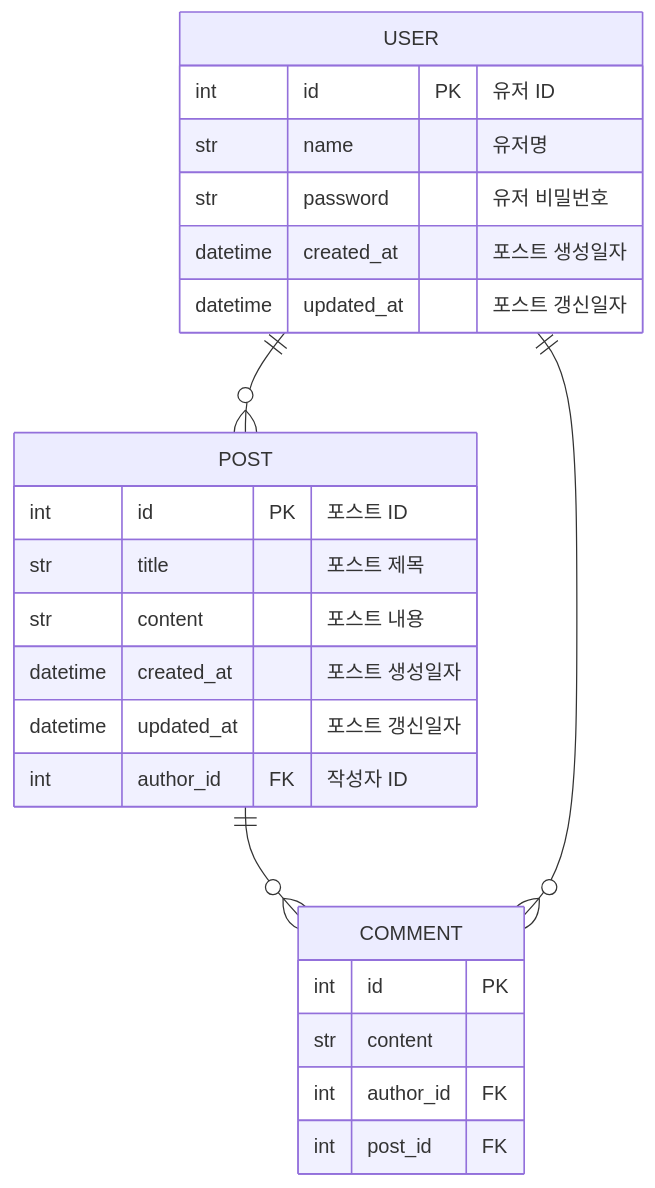
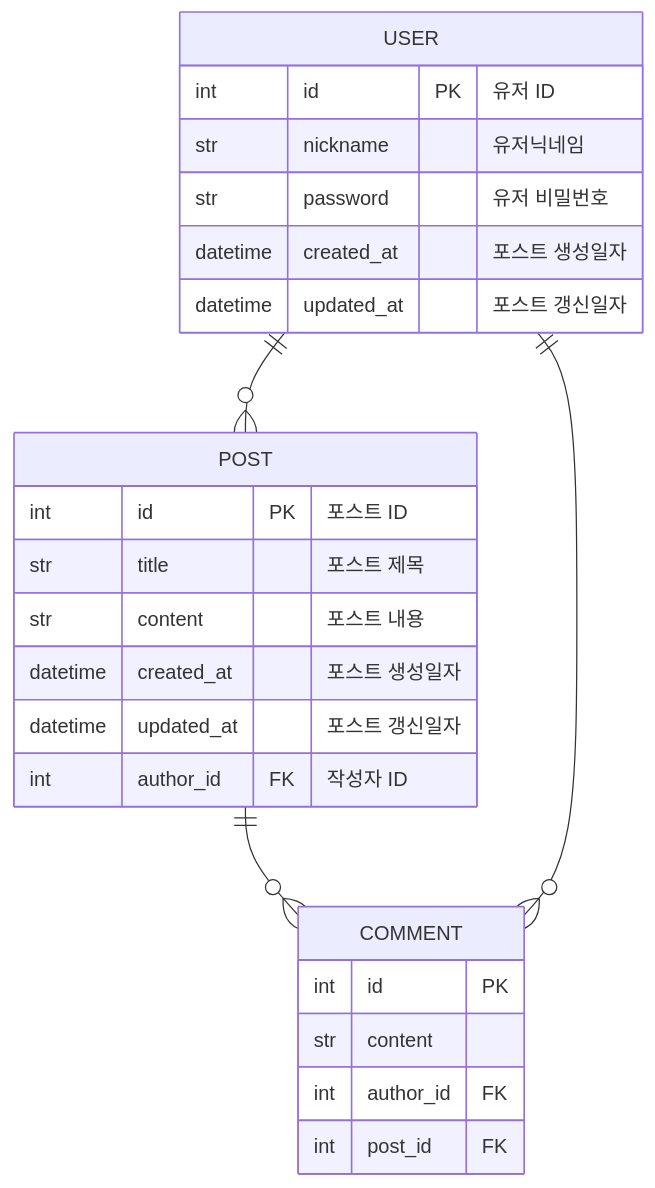
One commit to ksg9482/fastapi-post changed the diagram in README.md. Above: the diagram before and after it, drawn with Mermaid. The commit also changed 5 other files, not shown here.

````diff
--- a/README.md
+++ b/README.md
@@ -44,29 +44,29 @@
 ```mermaid
 erDiagram
     POST ||--o{ COMMENT:""
     POST {
         int id PK "포스트 ID"
         str title "포스트 제목"
         str content "포스트 내용"
         datetime created_at "포스트 생성일자"
         datetime updated_at "포스트 갱신일자"
         int author_id FK "작성자 ID"
     }
     
     USER ||--o{ POST: ""
     USER ||--o{ COMMENT: ""
     USER {
         int id PK "유저 ID"
-        str name "유저명"
+        str nickname "유저닉네임"
         str password "유저 비밀번호"
         datetime created_at "포스트 생성일자"
         datetime updated_at "포스트 갱신일자"
     }
 
     COMMENT {
         int id PK ""
         str content ""
         int author_id FK ""
         int post_id FK ""
     }
 ```
````
